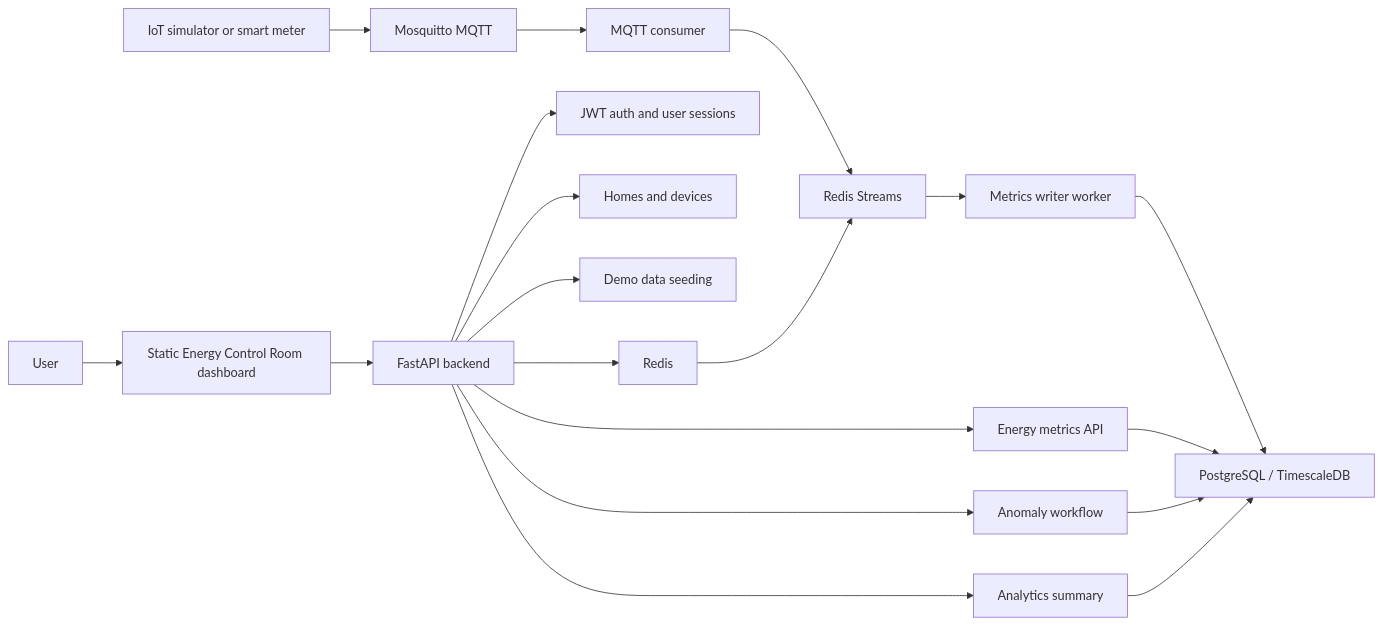
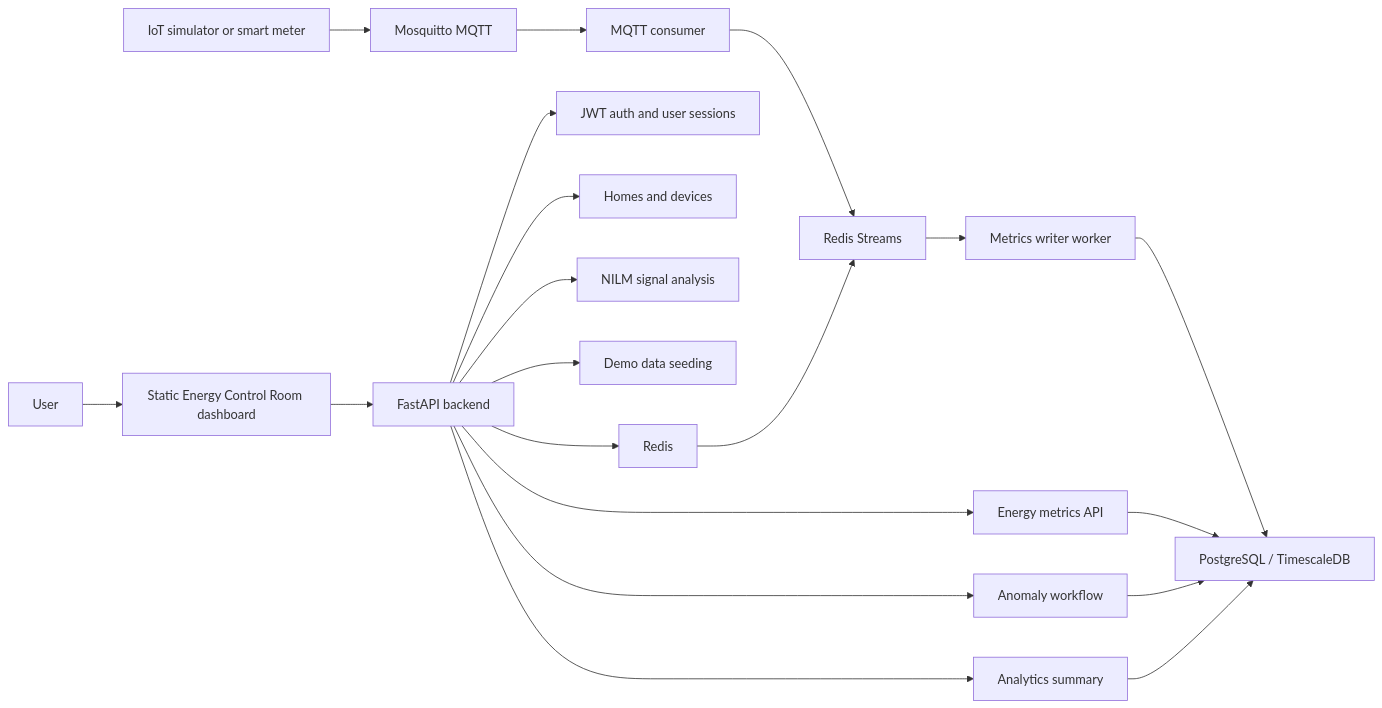
Before and after one commit to bondikk/nilm-energy-analytics-platform: the diagram in README.md, drawn with Mermaid. The commit also changed other lines of this file and 5 other files, not shown here.

Commit message:
feat: add NILM signal analysis endpoint

````diff
--- a/README.md
+++ b/README.md
@@ -59,22 +60,23 @@
 ```mermaid
 flowchart LR
   Simulator["IoT simulator or smart meter"] --> MQTT["Mosquitto MQTT"]
   MQTT --> Consumer["MQTT consumer"]
   Consumer --> Stream["Redis Streams"]
   Stream --> Writer["Metrics writer worker"]
   Writer --> DB["PostgreSQL / TimescaleDB"]
 
   User["User"] --> Frontend["Static Energy Control Room dashboard"]
   Frontend --> API["FastAPI backend"]
   API --> Auth["JWT auth and user sessions"]
   API --> Homes["Homes and devices"]
   API --> Metrics["Energy metrics API"]
   API --> Anomalies["Anomaly workflow"]
   API --> Analytics["Analytics summary"]
+  API --> NILM["NILM signal analysis"]
   API --> Demo["Demo data seeding"]
   Metrics --> DB
   Anomalies --> DB
   Analytics --> DB
   API --> Redis["Redis"]
   Redis --> Stream
 ```
````
